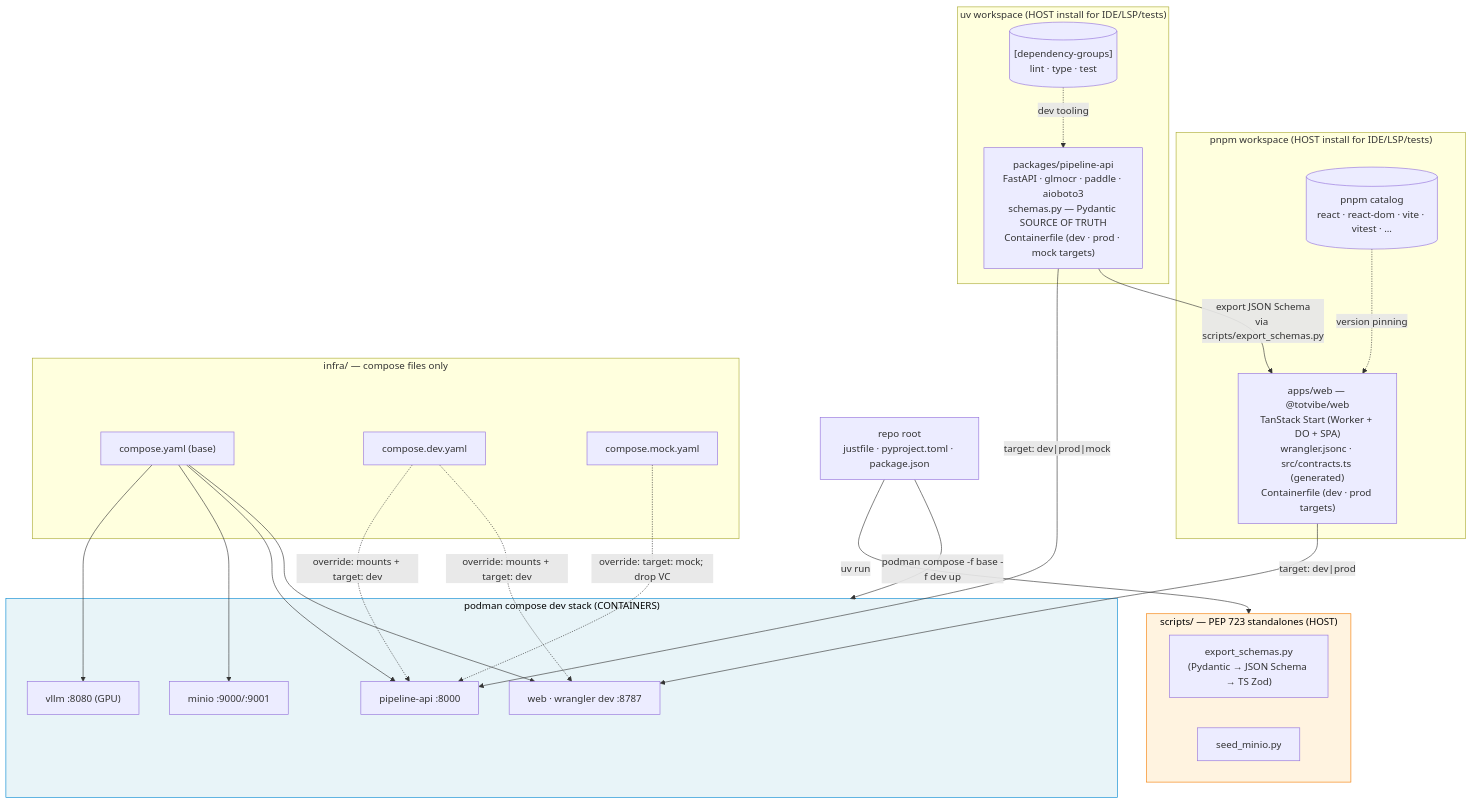
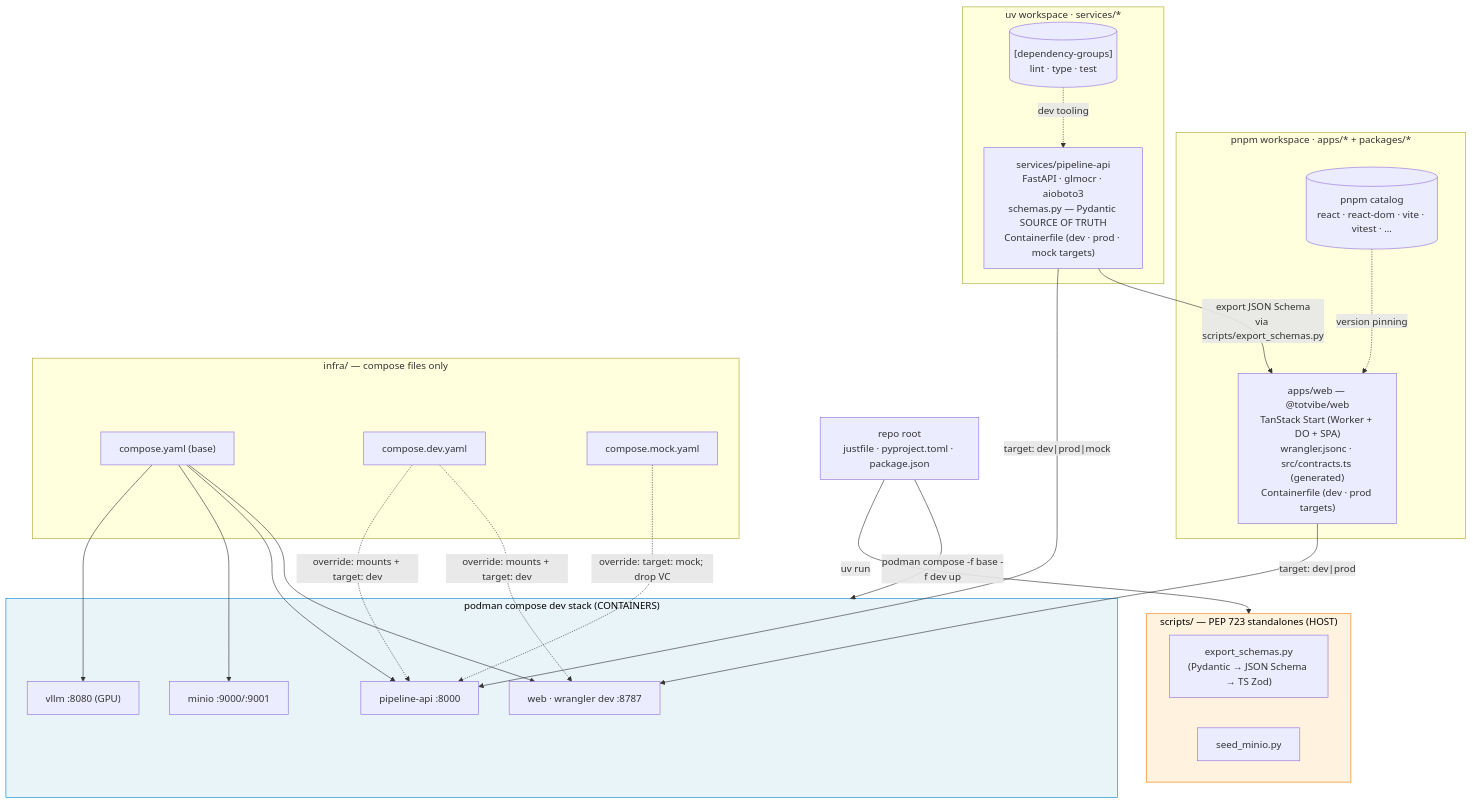
The diagram in plan/project-structure.md (zyplux/zyp-ocr), drawn with Mermaid before and after one commit. The commit also changed other lines of this file and 56 other files, not shown here.

````diff
--- a/plan/project-structure.md
+++ b/plan/project-structure.md
@@ -180,50 +183,50 @@
 ```mermaid
 flowchart TD
     Root["repo root<br/>justfile · pyproject.toml · package.json"]
 
     subgraph Helpers["scripts/ — PEP 723 standalones (HOST)"]
         S1["export_schemas.py<br/>(Pydantic → JSON Schema → TS Zod)"]
         S2["seed_minio.py"]
     end
 
-    subgraph TS["pnpm workspace (HOST install for IDE/LSP/tests)"]
+    subgraph TS["pnpm workspace · apps/* + packages/*"]
         Web["apps/web — @totvibe/web<br/>TanStack Start (Worker + DO + SPA)<br/>wrangler.jsonc · src/contracts.ts (generated)<br/>Containerfile (dev · prod targets)"]
         Cat[("pnpm catalog<br/>react · react-dom · vite · vitest · ...")]
     end
 
-    subgraph PY["uv workspace (HOST install for IDE/LSP/tests)"]
-        Pipe["packages/pipeline-api<br/>FastAPI · glmocr · paddle · aioboto3<br/>schemas.py — Pydantic SOURCE OF TRUTH<br/>Containerfile (dev · prod · mock targets)"]
+    subgraph PY["uv workspace · services/*"]
+        Pipe["services/pipeline-api<br/>FastAPI · glmocr · aioboto3<br/>schemas.py — Pydantic SOURCE OF TRUTH<br/>Containerfile (dev · prod · mock targets)"]
         Groups[("[dependency-groups]<br/>lint · type · test")]
     end
 
     subgraph Infra["infra/ — compose files only"]
         Base["compose.yaml (base)"]
         DevO["compose.dev.yaml"]
         MockO["compose.mock.yaml"]
     end
 
     subgraph DevStack["podman compose dev stack (CONTAINERS)"]
         WC["web · wrangler dev :8787"]
         PC["pipeline-api :8000"]
         MC["minio :9000/:9001"]
         VC["vllm :8080 (GPU)"]
     end
 
     Root -->|"podman compose -f base -f dev up"| DevStack
     Root -->|"uv run"| Helpers
     Cat -.->|"version pinning"| Web
     Groups -.->|"dev tooling"| Pipe
 
     Pipe -->|"export JSON Schema<br/>via scripts/export_schemas.py"| Web
 
     Web -->|"target: dev|prod"| WC
     Pipe -->|"target: dev|prod|mock"| PC
     Base --> WC & PC & MC & VC
     DevO -.->|"override: mounts + target: dev"| WC & PC
     MockO -.->|"override: target: mock; drop VC"| PC
 
     classDef gen fill:#fff3e0,stroke:#f57c00,color:#000
     classDef store fill:#e8f4f8,stroke:#0288d1,color:#000
     class Helpers gen
     class DevStack store
 ```
````
